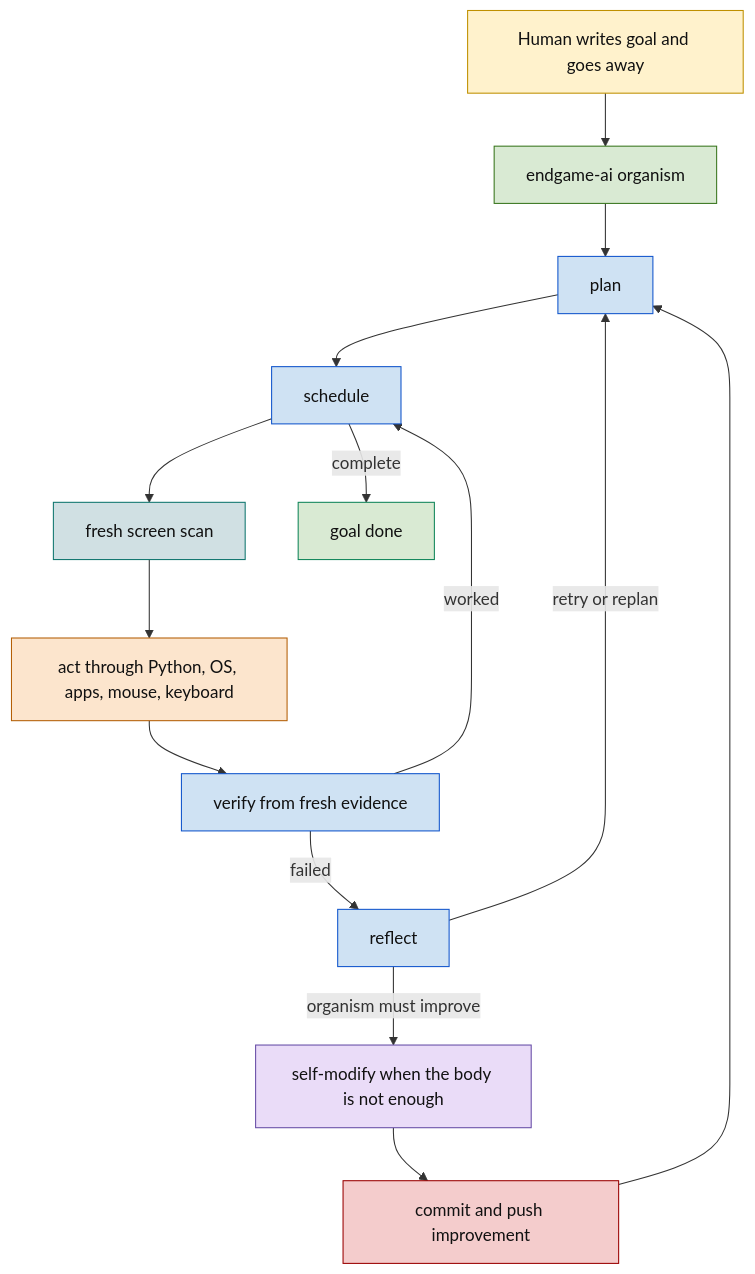
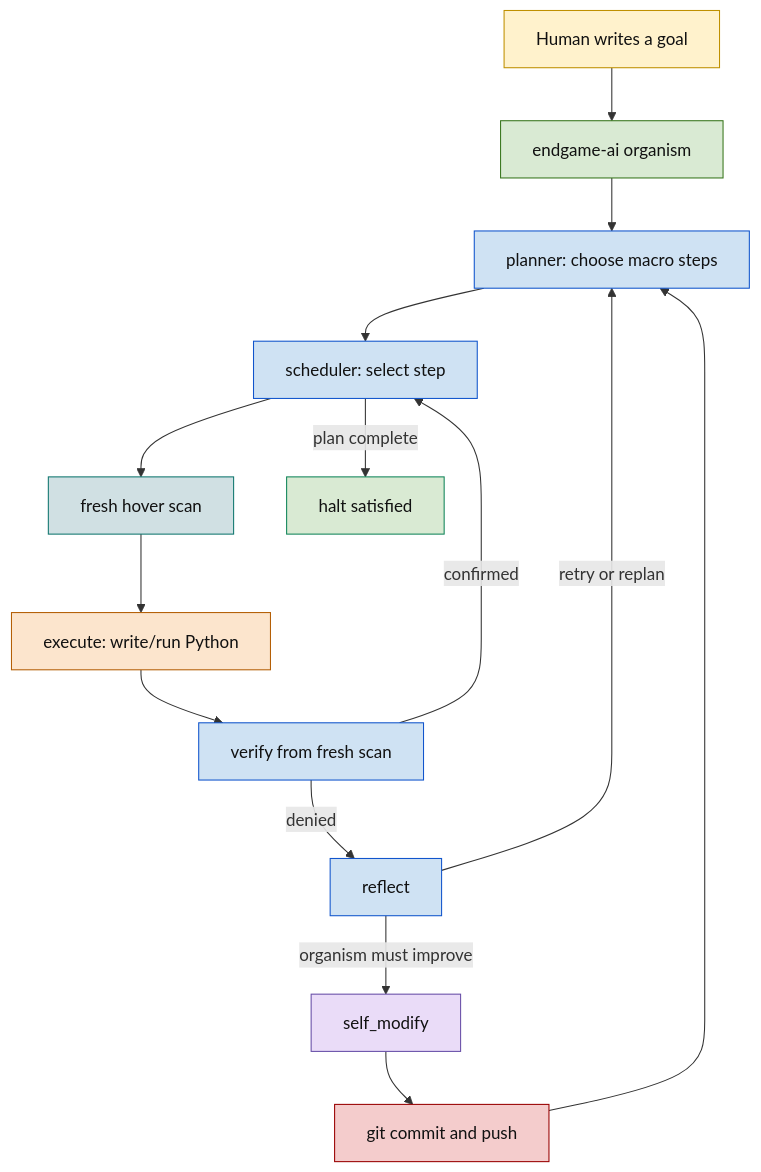
One commit to wgabrys88/endgame-ai changed the first of 4 diagrams in README.md. Above: the diagram before and after it, drawn with Mermaid. The commit also changed other lines of this file, not shown here.

````diff
--- a/README.md
+++ b/README.md
@@ -192,30 +136,30 @@
 ```mermaid
 flowchart TD
-    H["Human writes goal and goes away"]:::human
+    H["Human writes a goal"]:::human
     O["endgame-ai organism"]:::organism
-    P["plan"]:::brain
-    S["schedule"]:::brain
-    F["fresh screen scan"]:::sense
-    A["act through Python, OS, apps, mouse, keyboard"]:::body
-    V["verify from fresh evidence"]:::brain
+    P["planner: choose macro steps"]:::brain
+    S["scheduler: select step"]:::brain
+    OBS["fresh hover scan"]:::sense
+    EX["execute: write/run Python"]:::body
+    V["verify from fresh scan"]:::brain
     R["reflect"]:::brain
-    M["self-modify when the body is not enough"]:::evolve
-    C["commit and push improvement"]:::git
-    D["goal done"]:::done
+    M["self_modify"]:::evolve
+    G["git commit and push"]:::git
+    DONE["halt satisfied"]:::done
 
-    H --> O --> P --> S --> F --> A --> V
-    V -->|worked| S
-    V -->|failed| R
+    H --> O --> P --> S --> OBS --> EX --> V
+    V -->|confirmed| S
+    V -->|denied| R
     R -->|retry or replan| P
-    R -->|organism must improve| M --> C --> P
-    S -->|complete| D
+    R -->|organism must improve| M --> G --> P
+    S -->|plan complete| DONE
 
     classDef human fill:#fff2cc,stroke:#bf9000,color:#111;
     classDef organism fill:#d9ead3,stroke:#38761d,color:#111;
     classDef brain fill:#cfe2f3,stroke:#1155cc,color:#111;
     classDef sense fill:#d0e0e3,stroke:#0f766e,color:#111;
     classDef body fill:#fce5cd,stroke:#b45f06,color:#111;
     classDef evolve fill:#eadcf8,stroke:#674ea7,color:#111;
     classDef git fill:#f4cccc,stroke:#990000,color:#111;
     classDef done fill:#d9ead3,stroke:#11855a,color:#111;
 ```
````
